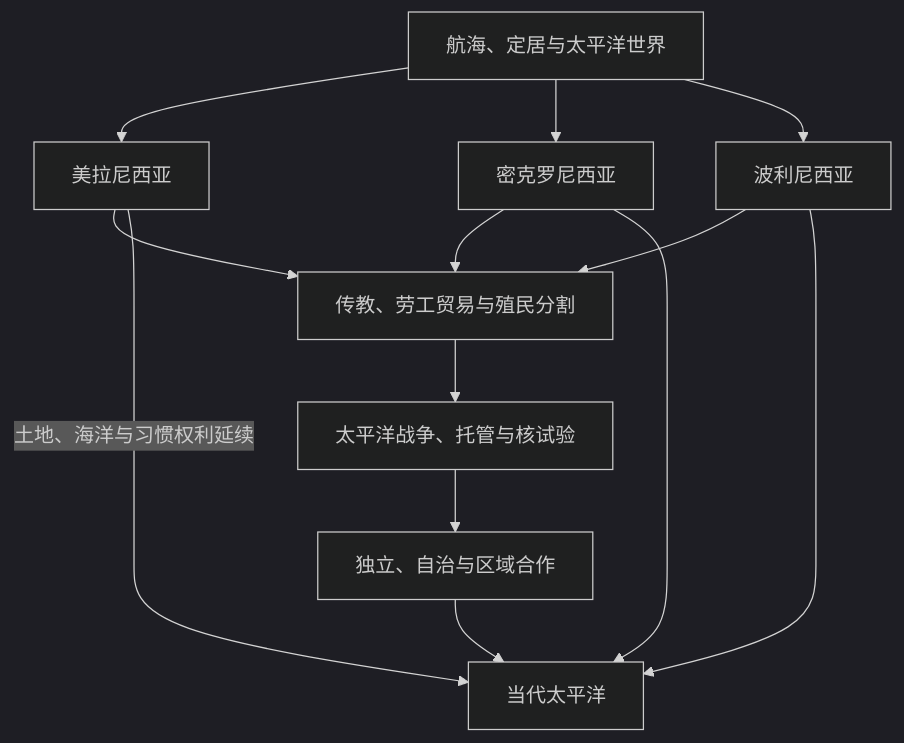
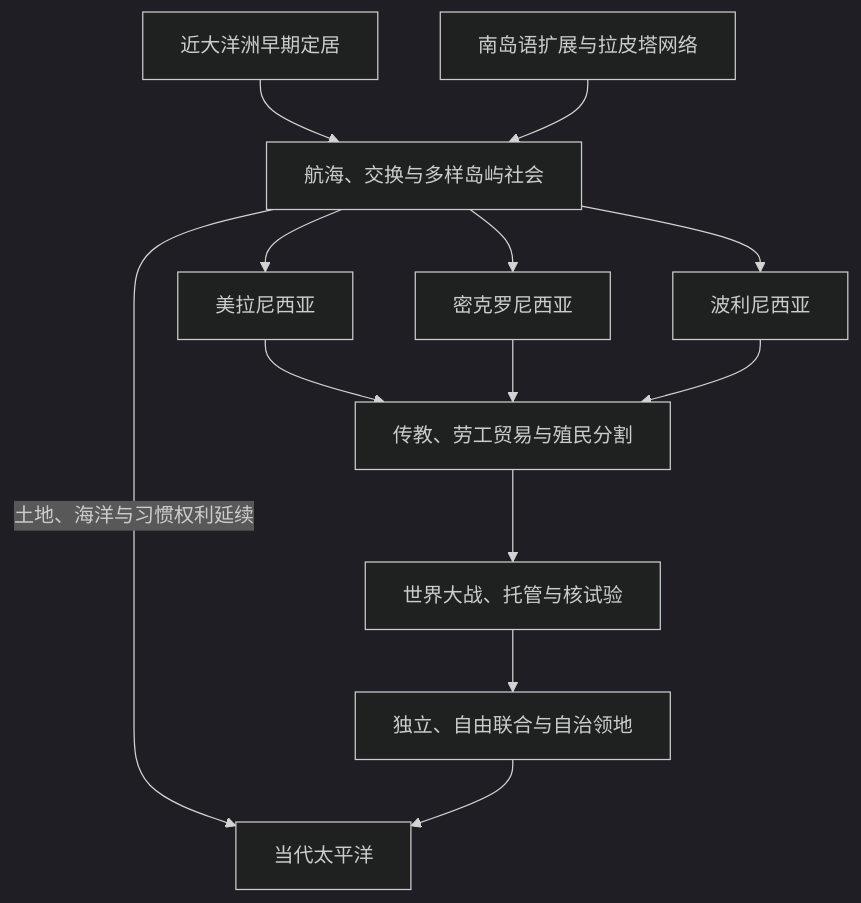
Before and after one commit to tianlan-dev/learning-notes: the diagram in 人文科学/历史/大洋洲/太平洋岛屿/README.md, drawn with Mermaid (dark theme). The commit also changed other lines of this file and 1417 other files, not shown here.

````diff
--- a/人文科学/历史/大洋洲/太平洋岛屿/README.md
+++ b/人文科学/历史/大洋洲/太平洋岛屿/README.md
@@ -13,15 +13,15 @@
 ```mermaid
 flowchart TD
-    Settlement["航海、定居与太平洋世界"] --> Melanesia["美拉尼西亚"]
-    Settlement --> Micronesia["密克罗尼西亚"]
-    Settlement --> Polynesia["波利尼西亚"]
-    Melanesia --> Colonial["传教、劳工贸易与殖民分割"]
-    Micronesia --> Colonial
-    Polynesia --> Colonial
-    Colonial --> War["太平洋战争、托管与核试验"]
-    War --> Independence["独立、自治与区域合作"]
-    Melanesia -->|土地、海洋与习惯权利延续| Modern["当代太平洋"]
-    Micronesia --> Modern
-    Polynesia --> Modern
-    Independence --> Modern
+    Near["近大洋洲早期定居"] --> Networks["航海、交换与多样岛屿社会"]
+    Austro["南岛语扩展与拉皮塔网络"] --> Networks
+    Networks --> Mel["美拉尼西亚"]
+    Networks --> Mic["密克罗尼西亚"]
+    Networks --> Pol["波利尼西亚"]
+    Mel --> Colonial["传教、劳工贸易与殖民分割"]
+    Mic --> Colonial
+    Pol --> Colonial
+    Colonial --> War["世界大战、托管与核试验"]
+    War --> Decol["独立、自由联合与自治领地"]
+    Networks -->|土地、海洋与习惯权利延续| Present["当代太平洋"]
+    Decol --> Present
 ```
````
